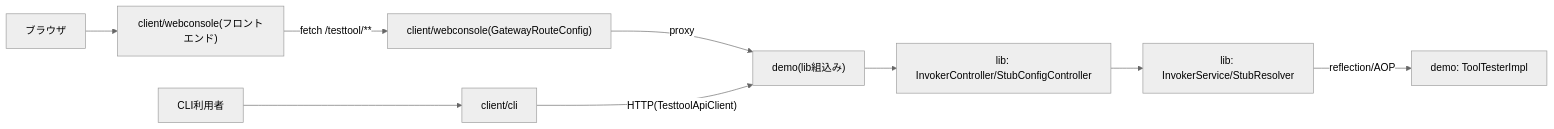
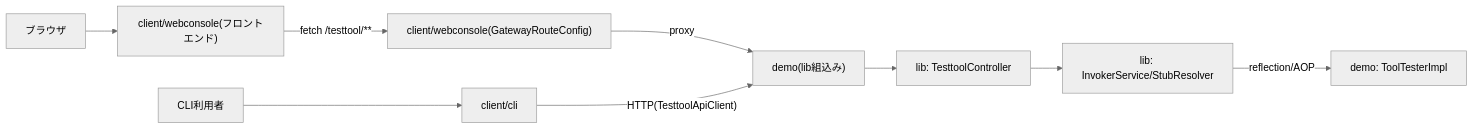
One commit to agwlvssainokuni/cherry-testtool changed the fifth of 5 diagrams in aidlc-docs/inception/application-design/component-dependency.md. Above: the diagram before and after it, drawn with Mermaid (neutral theme). The commit also changed other lines of this file and 5 other files, not shown here.

Commit message:
AI-DLC: FR8(TesttoolController統合)を追加。lib Controller統合をrequirements.md/Application Design成果物に反映。

````diff
--- a/aidlc-docs/inception/application-design/component-dependency.md
+++ b/aidlc-docs/inception/application-design/component-dependency.md
@@ -80,11 +79,11 @@
 ```mermaid
 flowchart LR
     Browser["ブラウザ"] --> Frontend["client/webconsole(フロントエンド)"]
     Frontend -->|"fetch /testtool/**"| GatewayRouteConfig["client/webconsole(GatewayRouteConfig)"]
     GatewayRouteConfig -->|"proxy"| DemoApp["demo(lib組込み)"]
     CliUser["CLI利用者"] --> CliApplication["client/cli"]
     CliApplication -->|"HTTP(TesttoolApiClient)"| DemoApp
-    DemoApp --> InvokerController["lib: InvokerController/StubConfigController"]
-    InvokerController --> InvokerService["lib: InvokerService/StubResolver"]
+    DemoApp --> TesttoolController["lib: TesttoolController"]
+    TesttoolController --> InvokerService["lib: InvokerService/StubResolver"]
     InvokerService -->|"reflection/AOP"| ToolTesterImpl["demo: ToolTesterImpl"]
 ```
````
